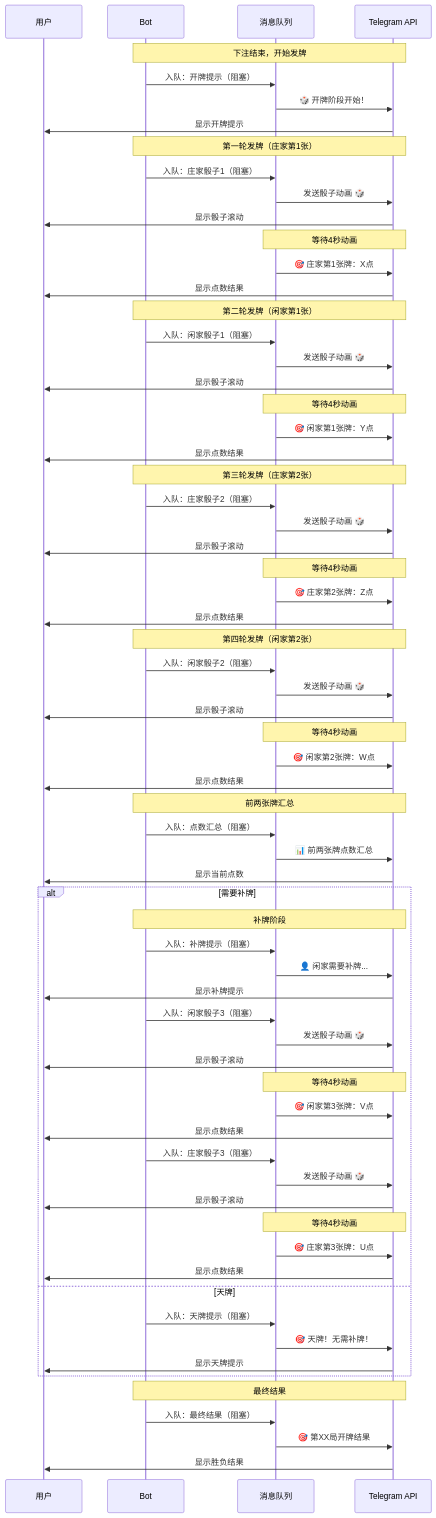
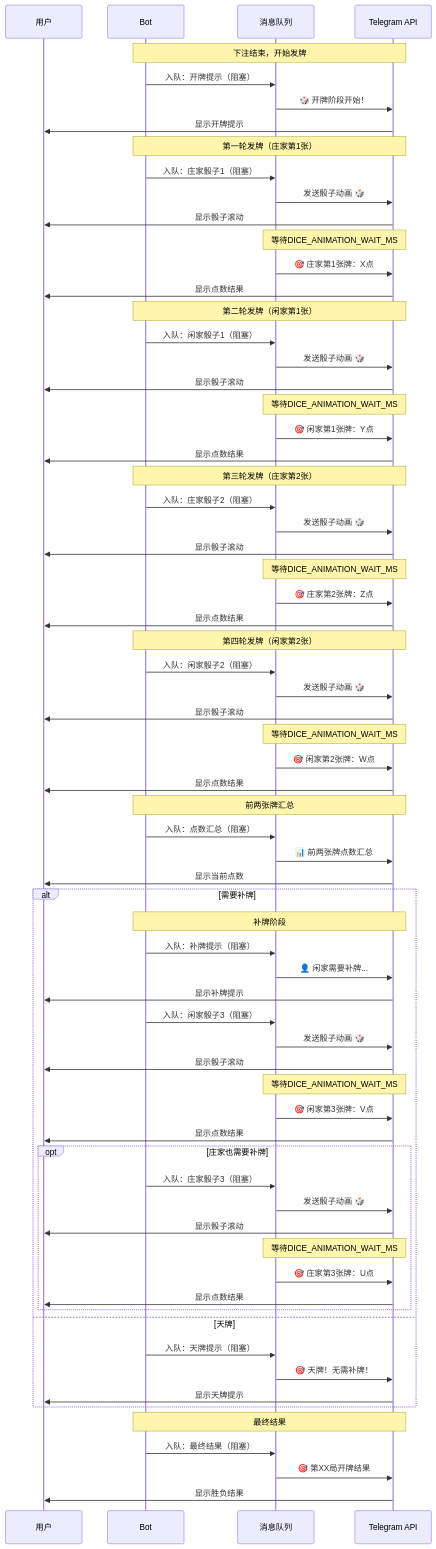
One commit to WuChenDi/bc-services changed the third of 3 diagrams in README.md. Above: the diagram before and after it, drawn with Mermaid. The commit also changed other lines of this file, not shown here.

````diff
--- a/README.md
+++ b/README.md
@@ -250,80 +233,82 @@
 ```mermaid
 sequenceDiagram
     participant U as 用户
     participant B as Bot
     participant Q as 消息队列
     participant T as Telegram API
 
     Note over B,T: 下注结束，开始发牌
     
     B->>Q: 入队：开牌提示（阻塞）
     Q->>T: 🎲 开牌阶段开始！
     T->>U: 显示开牌提示
     
     Note over B,T: 第一轮发牌（庄家第1张）
     B->>Q: 入队：庄家骰子1（阻塞）
     Q->>T: 发送骰子动画 🎲
     T->>U: 显示骰子滚动
-    Note over Q,T: 等待4秒动画
+    Note over Q,T: 等待DICE_ANIMATION_WAIT_MS
     Q->>T: 🎯 庄家第1张牌：X点
     T->>U: 显示点数结果
     
     Note over B,T: 第二轮发牌（闲家第1张）
     B->>Q: 入队：闲家骰子1（阻塞）
     Q->>T: 发送骰子动画 🎲
     T->>U: 显示骰子滚动
-    Note over Q,T: 等待4秒动画
+    Note over Q,T: 等待DICE_ANIMATION_WAIT_MS
     Q->>T: 🎯 闲家第1张牌：Y点
     T->>U: 显示点数结果
     
     Note over B,T: 第三轮发牌（庄家第2张）
     B->>Q: 入队：庄家骰子2（阻塞）
     Q->>T: 发送骰子动画 🎲
     T->>U: 显示骰子滚动
-    Note over Q,T: 等待4秒动画
+    Note over Q,T: 等待DICE_ANIMATION_WAIT_MS
     Q->>T: 🎯 庄家第2张牌：Z点
     T->>U: 显示点数结果
     
     Note over B,T: 第四轮发牌（闲家第2张）
     B->>Q: 入队：闲家骰子2（阻塞）
     Q->>T: 发送骰子动画 🎲
     T->>U: 显示骰子滚动
-    Note over Q,T: 等待4秒动画
+    Note over Q,T: 等待DICE_ANIMATION_WAIT_MS
     Q->>T: 🎯 闲家第2张牌：W点
     T->>U: 显示点数结果
     
     Note over B,T: 前两张牌汇总
     B->>Q: 入队：点数汇总（阻塞）
     Q->>T: 📊 前两张牌点数汇总
     T->>U: 显示当前点数
     
     alt 需要补牌
         Note over B,T: 补牌阶段
         B->>Q: 入队：补牌提示（阻塞）
         Q->>T: 👤 闲家需要补牌...
         T->>U: 显示补牌提示
         
         B->>Q: 入队：闲家骰子3（阻塞）
         Q->>T: 发送骰子动画 🎲
         T->>U: 显示骰子滚动
-        Note over Q,T: 等待4秒动画
+        Note over Q,T: 等待DICE_ANIMATION_WAIT_MS
         Q->>T: 🎯 闲家第3张牌：V点
         T->>U: 显示点数结果
         
-        B->>Q: 入队：庄家骰子3（阻塞）
-        Q->>T: 发送骰子动画 🎲
-        T->>U: 显示骰子滚动
-        Note over Q,T: 等待4秒动画
-        Q->>T: 🎯 庄家第3张牌：U点
-        T->>U: 显示点数结果
+        opt 庄家也需要补牌
+            B->>Q: 入队：庄家骰子3（阻塞）
+            Q->>T: 发送骰子动画 🎲
+            T->>U: 显示骰子滚动
+            Note over Q,T: 等待DICE_ANIMATION_WAIT_MS
+            Q->>T: 🎯 庄家第3张牌：U点
+            T->>U: 显示点数结果
+        end
     else 天牌
         B->>Q: 入队：天牌提示（阻塞）
         Q->>T: 🎯 天牌！无需补牌！
         T->>U: 显示天牌提示
     end
     
     Note over B,T: 最终结果
     B->>Q: 入队：最终结果（阻塞）
     Q->>T: 🎯 第XX局开牌结果
     T->>U: 显示胜负结果
 ```
````
